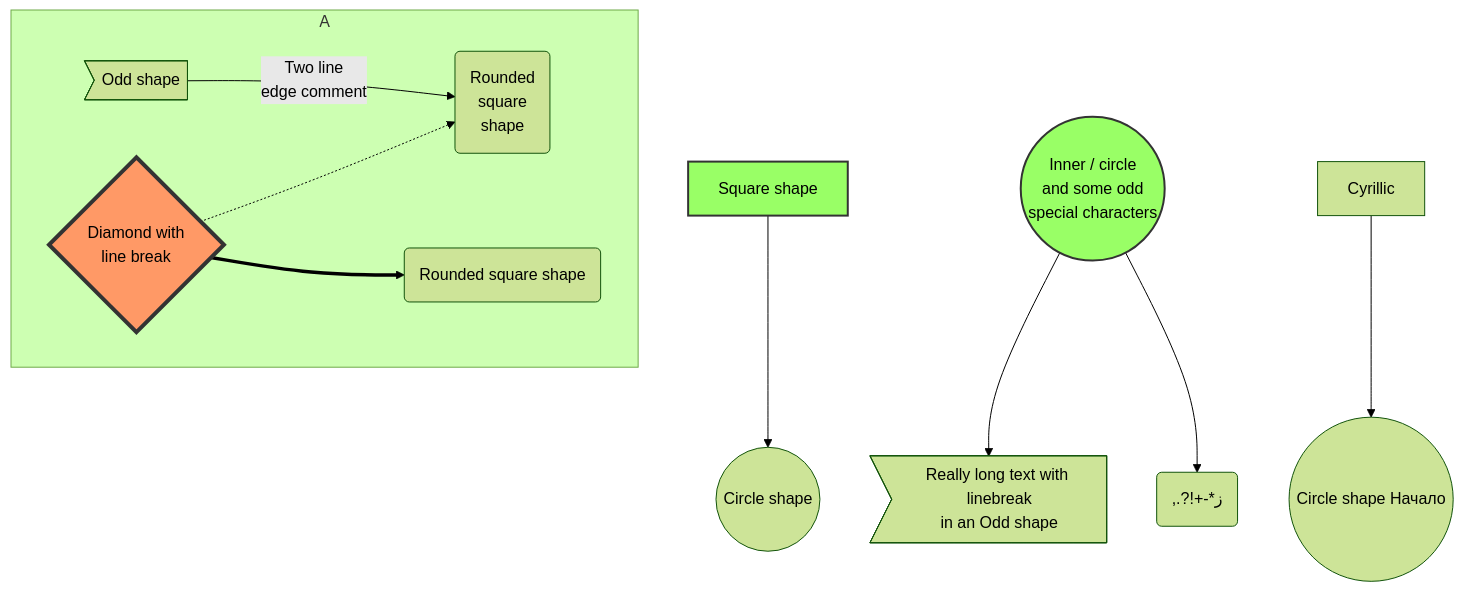
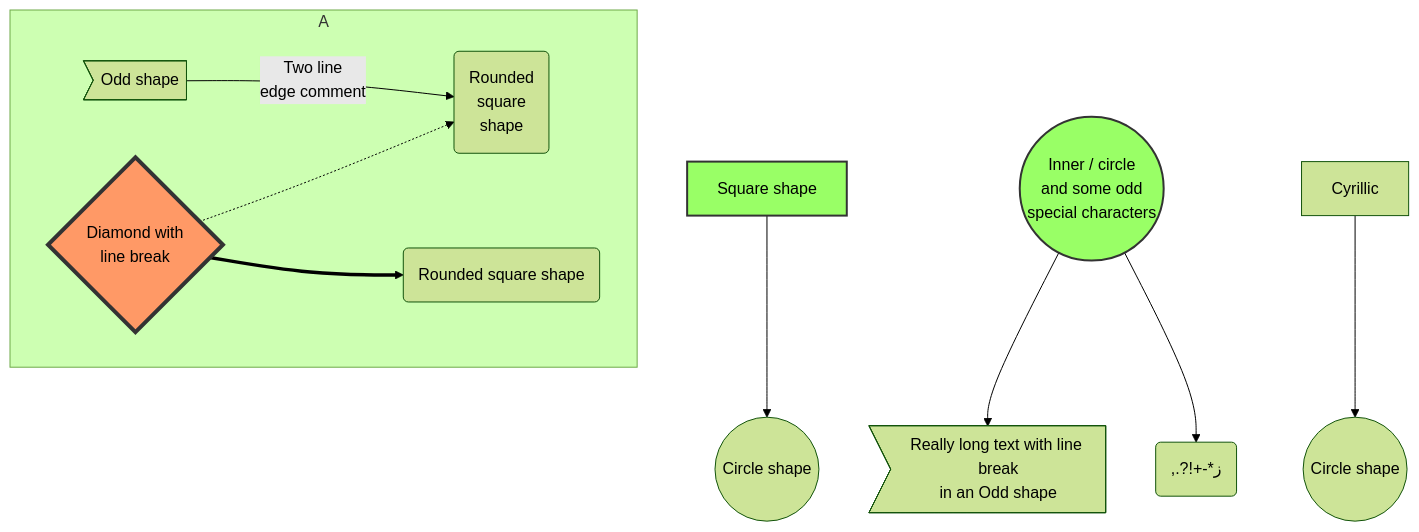
The second of 2 diagrams in docs/md-enhance/src/guide/mermaid.md (vuepress-theme-hope/vuepress-theme-hope), drawn with Mermaid (forest theme) before and after one commit. The commit also changed other lines of this file and 296 other files, not shown here.

````diff
--- a/docs/md-enhance/src/guide/mermaid.md
+++ b/docs/md-enhance/src/guide/mermaid.md
@@ -548,23 +548,23 @@
 ```mermaid
 graph TB
     sq[Square shape] --> ci((Circle shape))
 
     subgraph A
         od>Odd shape]-- Two line<br/>edge comment --> ro
         di{Diamond with <br/> line break} -.-> ro(Rounded<br>square<br>shape)
         di==>ro2(Rounded square shape)
     end
 
     %% Notice that no text in shape are added here instead that is appended further down
-    e --> od3>Really long text with linebreak<br>in an Odd shape]
+    e --> od3>Really long text with line break<br>in an Odd shape]
 
     %% Comments after double percent signs
     e((Inner / circle<br>and some odd <br>special characters)) --> f(,.?!+-*ز)
 
-    cyr[Cyrillic]-->cyr2((Circle shape Начало));
+    cyr[Cyrillic]-->cyr2((Circle shape));
 
      classDef green fill:#9f6,stroke:#333,stroke-width:2px;
      classDef orange fill:#f96,stroke:#333,stroke-width:4px;
      class sq,e green
      class di orange
 ```
````
